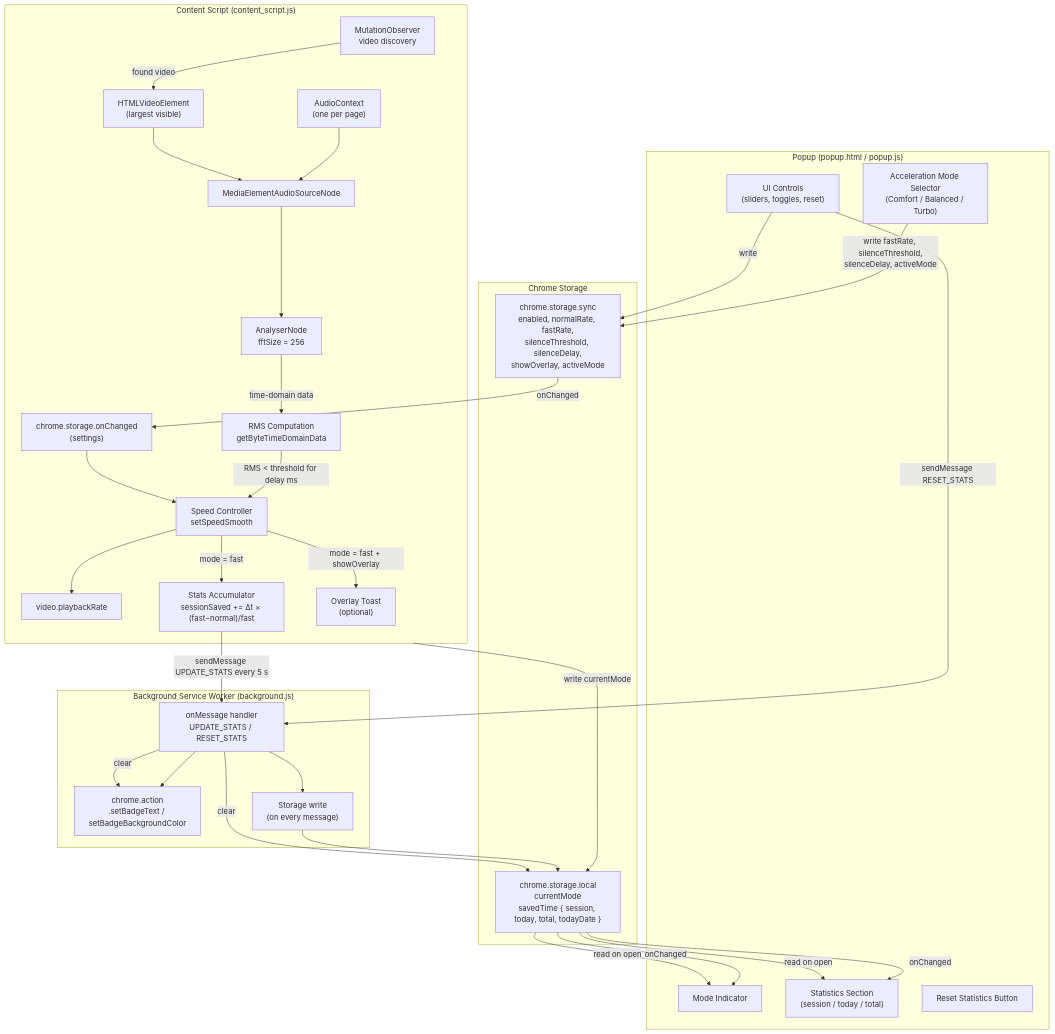
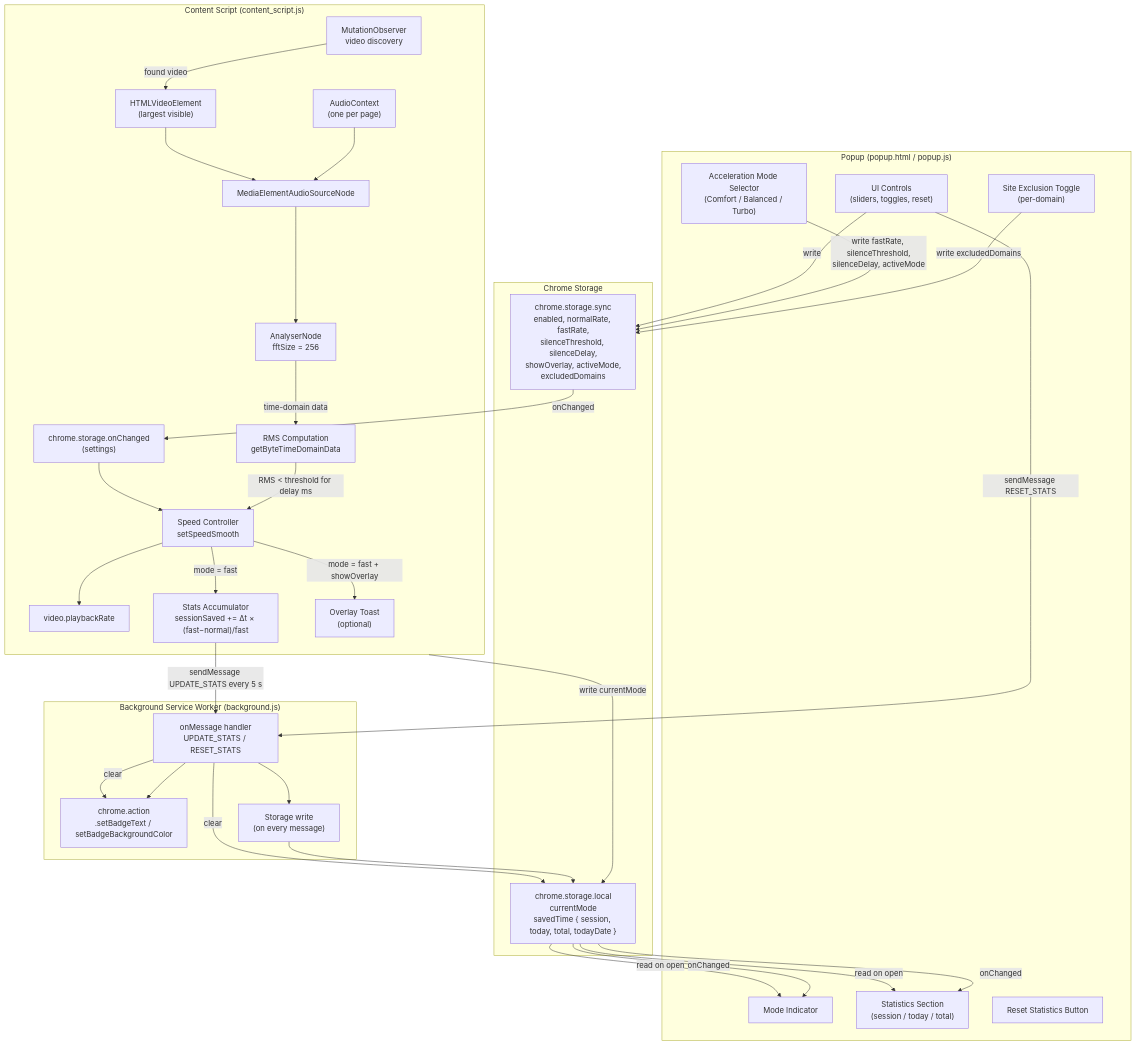
The diagram in docs/ARCHITECTURE.md (fcjuve2/videospeedplugin), drawn with Mermaid before and after one commit. The commit also changed other lines of this file and 1 other file, not shown here.

First line of the commit message:
docs: update ARCHITECTURE and CONFIGURATION for site exclusion (v1.3.0)

````diff
--- a/docs/ARCHITECTURE.md
+++ b/docs/ARCHITECTURE.md
@@ -20,65 +20,67 @@
 ```mermaid
 flowchart TD
     subgraph Popup["Popup (popup.html / popup.js)"]
         UI["UI Controls\n(sliders, toggles, reset)"]
         MS["Acceleration Mode Selector\n(Comfort / Balanced / Turbo)"]
+        SE["Site Exclusion Toggle\n(per-domain)"]
         MI["Mode Indicator"]
         STATS["Statistics Section\n(session / today / total)"]
         RSTBTN["Reset Statistics Button"]
     end
 
     subgraph Background["Background Service Worker (background.js)"]
         MSG["onMessage handler\nUPDATE_STATS / RESET_STATS"]
         BADGE["chrome.action\n.setBadgeText / setBadgeBackgroundColor"]
         DW["Storage write\n(on every message)"]
     end
 
     subgraph Storage["Chrome Storage"]
-        SYNC["chrome.storage.sync\nenabled, normalRate, fastRate,\nsilenceThreshold, silenceDelay,\nshowOverlay, activeMode"]
+        SYNC["chrome.storage.sync\nenabled, normalRate, fastRate,\nsilenceThreshold, silenceDelay,\nshowOverlay, activeMode,\nexcludedDomains"]
         LOCAL["chrome.storage.local\ncurrentMode\nsavedTime { session, today, total, todayDate }"]
     end
 
     subgraph ContentScript["Content Script (content_script.js)"]
         MO["MutationObserver\nvideo discovery"]
         VE["HTMLVideoElement\n(largest visible)"]
         ACX["AudioContext\n(one per page)"]
         MEAS["MediaElementAudioSourceNode"]
         AN["AnalyserNode\nfftSize = 256"]
         RMS["RMS Computation\ngetByteTimeDomainData"]
         SC["Speed Controller\nsetSpeedSmooth"]
         PBR["video.playbackRate"]
         ACCUM["Stats Accumulator\nsessionSaved += Δt × (fast−normal)/fast"]
         TOAST["Overlay Toast\n(optional)"]
         ONC["chrome.storage.onChanged\n(settings)"]
     end
 
     UI -->|write| SYNC
     MS -->|write fastRate, silenceThreshold,\nsilenceDelay, activeMode| SYNC
+    SE -->|write excludedDomains| SYNC
     SYNC -->|onChanged| ONC
     ONC --> SC
 
     UI -->|sendMessage RESET_STATS| MSG
     MSG -->|clear| LOCAL
     MSG -->|clear| BADGE
 
     LOCAL -->|read on open| MI
     LOCAL -->|read on open| STATS
     LOCAL -->|onChanged| MI
     LOCAL -->|onChanged| STATS
 
     ContentScript -->|write currentMode| LOCAL
 
     MO -->|found video| VE
     VE --> MEAS
     ACX --> MEAS
     MEAS --> AN
     AN -->|time-domain data| RMS
     RMS -->|RMS < threshold for delay ms| SC
     SC --> PBR
     SC -->|mode = fast| ACCUM
     SC -->|mode = fast + showOverlay| TOAST
     ACCUM -->|sendMessage UPDATE_STATS every 5 s| MSG
     MSG --> DW
     DW --> LOCAL
     MSG --> BADGE
 ```
````
